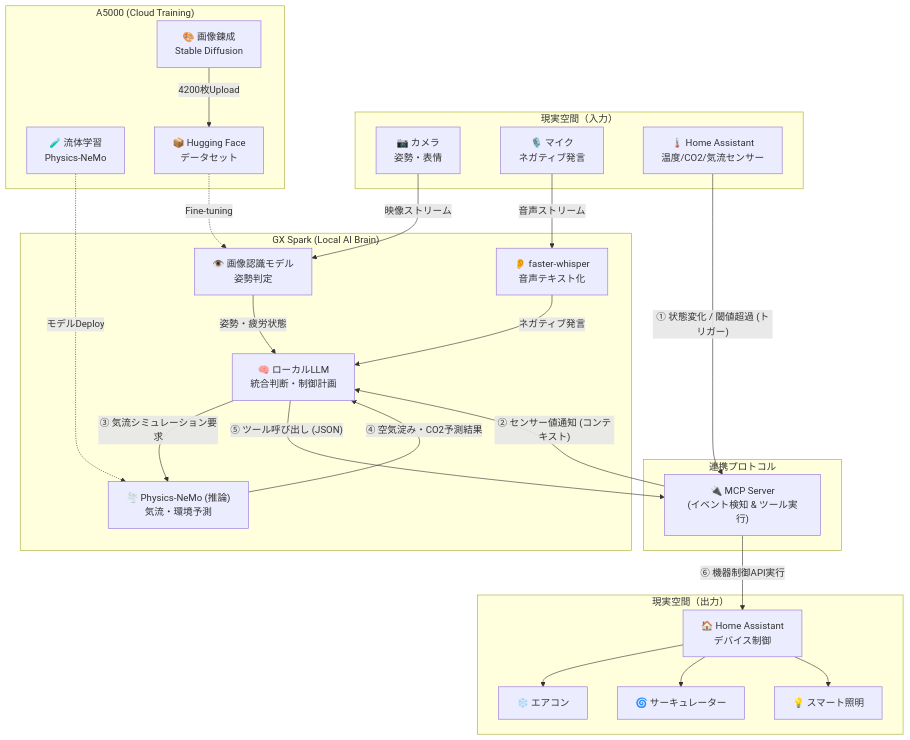
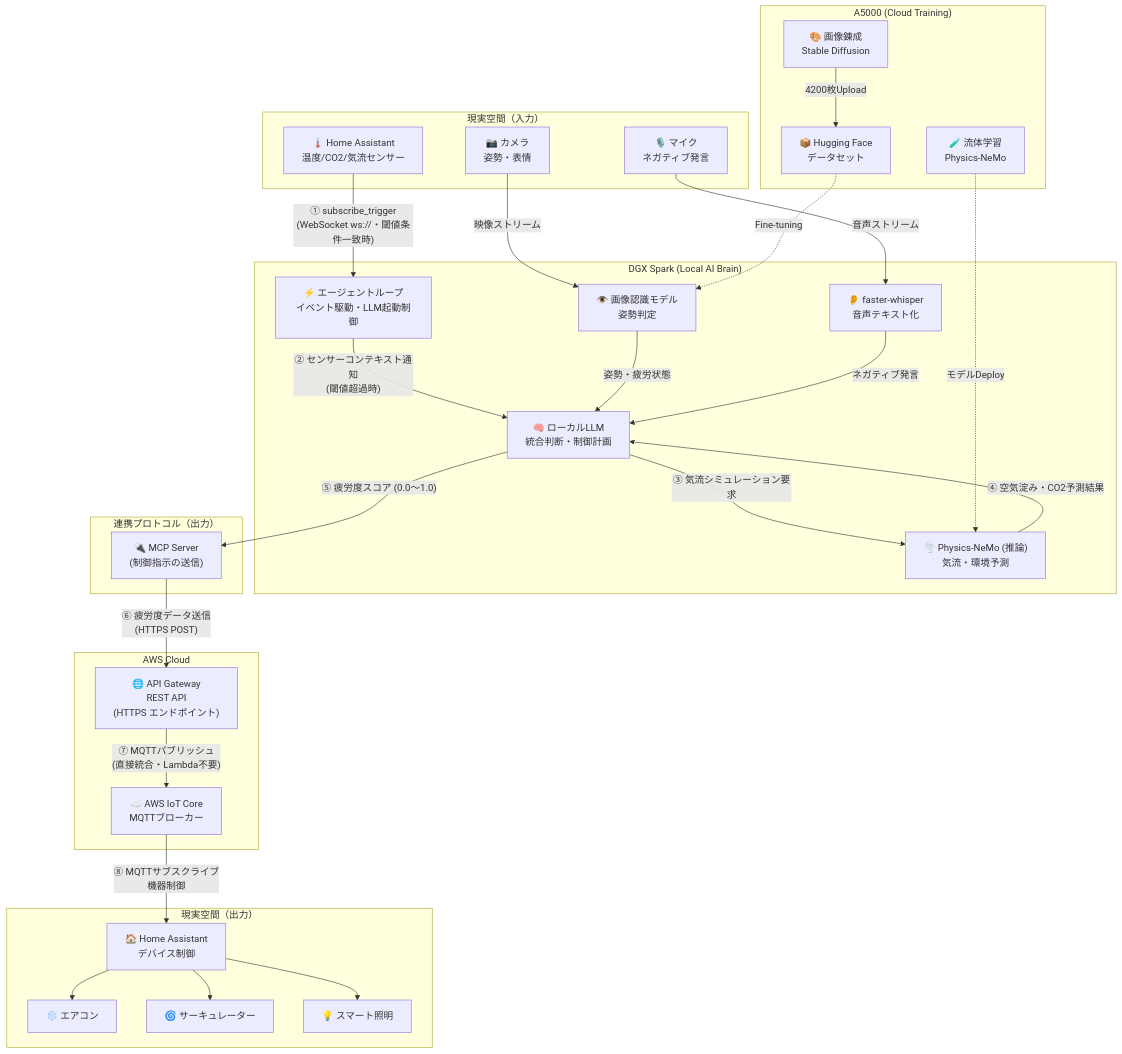
The diagram in README.md (SeiyaCM/kanden-ai-hackathon), drawn with Mermaid before and after one commit. The commit also changed other lines of this file, not shown here.

Commit message:
システムアーキテクチャの説明を更新し、AWS API GatewayとIoT Coreを介したHome Assistantの制御を明示化

````diff
--- a/README.md
+++ b/README.md
@@ -52,64 +52,75 @@
 ```mermaid
 graph TD
     %% ユーザー環境（入力）
     subgraph RealWorld ["現実空間（入力）"]
         Cam["📷 カメラ<br/>姿勢・表情"]
         Mic["🎙️ マイク<br/>ネガティブ発言"]
         Sensors["🌡️ Home Assistant<br/>温度/CO2/気流センサー"]
     end
 
     %% 推論環境（ローカル）
-    subgraph LocalEnv ["GX Spark (Local AI Brain)"]
+    subgraph LocalEnv ["DGX Spark (Local AI Brain)"]
+        Agent["⚡ エージェントループ<br/>イベント駆動・LLM起動制御"]
         Vision["👁️ 画像認識モデル<br/>姿勢判定"]
         Whisper["👂 faster-whisper<br/>音声テキスト化"]
         LLM["🧠 ローカルLLM<br/>統合判断・制御計画"]
         PINN["🌪️ Physics-NeMo (推論)<br/>気流・環境予測"]
     end
 
-    %% 連携層
-    subgraph BridgeLayer ["連携プロトコル"]
-        MCP["🔌 MCP Server<br/>(イベント検知 & ツール実行)"]
+    %% 連携層（出力専用）
+    subgraph BridgeLayer ["連携プロトコル（出力）"]
+        MCP["🔌 MCP Server<br/>(制御指示の送信)"]
+    end
+
+    %% AWSクラウド層
+    subgraph AWSCloud ["AWS Cloud"]
+        APIGW["🌐 API Gateway<br/>REST API<br/>(HTTPS エンドポイント)"]
+        IoTCore["☁️ AWS IoT Core<br/>MQTTブローカー"]
     end
 
     %% 現実空間（出力）
     subgraph Actuators ["現実空間（出力）"]
         HA_Out["🏠 Home Assistant<br/>デバイス制御"]
         AC["❄️ エアコン"]
         Fan["🌀 サーキュレーター"]
         Light["💡 スマート照明"]
     end
 
     %% クラウド環境（学習・データ錬成）
     subgraph CloudEnv ["A5000 (Cloud Training)"]
         SD["🎨 画像錬成<br/>Stable Diffusion"]
         Train_PINN["🧪 流体学習<br/>Physics-NeMo"]
         HF["📦 Hugging Face<br/>データセット"]
     end
 
-    %% 1. トリガーと入力データの流れ
-    Sensors -->|"① 状態変化 / 閾値超過 (トリガー)"| MCP
+    %% 1. センサーイベントをエージェントが直接受信（HA WS 非SSL）
+    Sensors -->|"① subscribe_trigger<br/>(WebSocket ws://・閾値条件一致時)"| Agent
+
+    %% 2. 映像・音声の処理
     Cam -->|"映像ストリーム"| Vision
     Mic -->|"音声ストリーム"| Whisper
-    
-    %% 2. 状況の集約
+
+    %% 3. エージェントがLLMを起動
+    Agent -->|"② センサーコンテキスト通知<br/>(閾値超過時)"| LLM
     Vision -->|"姿勢・疲労状態"| LLM
     Whisper -->|"ネガティブ発言"| LLM
-    MCP -->|"② センサー値通知 (コンテキスト)"| LLM
-    
-    %% 3. 物理シミュレーションの活用
+
+    %% 4. 物理シミュレーションの活用
     LLM -->|"③ 気流シミュレーション要求"| PINN
     PINN -->|"④ 空気淀み・CO2予測結果"| LLM
 
-    %% 4. 現実世界の制御
-    LLM -->|"⑤ ツール呼び出し (JSON)"| MCP
-    MCP -->|"⑥ 機器制御API実行"| HA_Out
-    
+    %% 5. 疲労度をMCP経由でAPI GWへ送信
+    LLM -->|"⑤ 疲労度スコア (0.0〜1.0)"| MCP
+    MCP -->|"⑥ 疲労度データ送信<br/>(HTTPS POST)"| APIGW
+    APIGW -->|"⑦ MQTTパブリッシュ<br/>(直接統合・Lambda不要)"| IoTCore
+    IoTCore -->|"⑧ MQTTサブスクライブ<br/>機器制御"| HA_Out
+
     HA_Out --> AC
     HA_Out --> Fan
     HA_Out --> Light
 
-    %% 5. 学習とデプロイの流れ（バックグラウンド）
+    %% 6. 学習とデプロイの流れ（バックグラウンド）
     SD -->|"4200枚Upload"| HF
     HF -.->|"Fine-tuning"| Vision
     Train_PINN -.->|"モデルDeploy"| PINN
 ```
````
